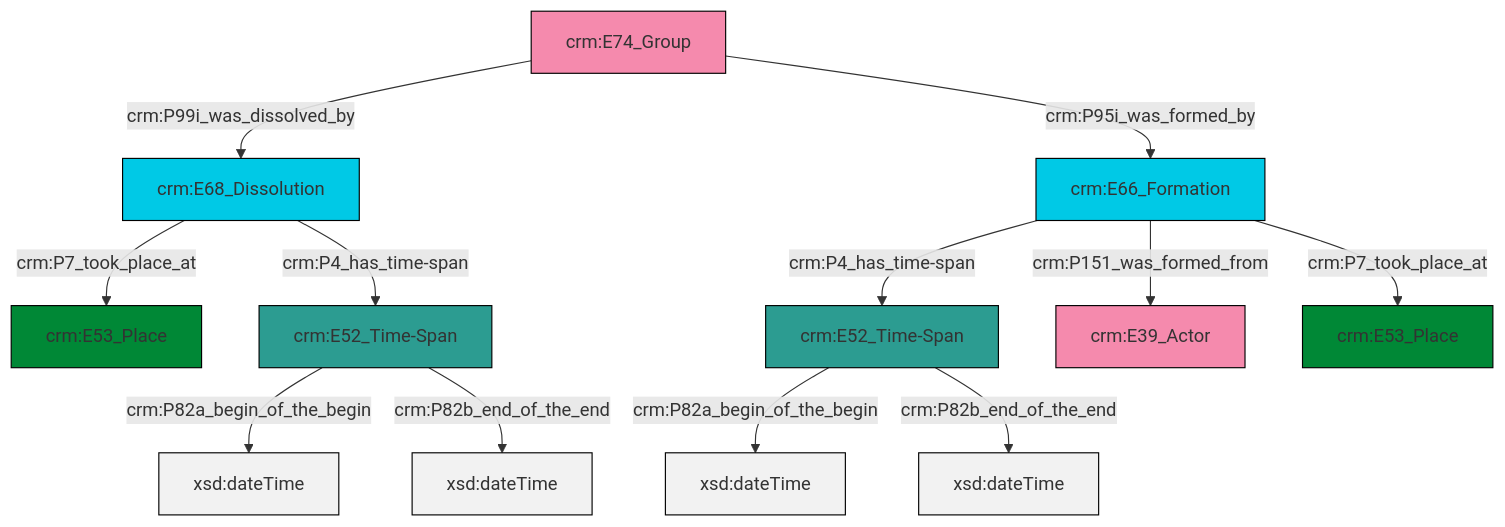
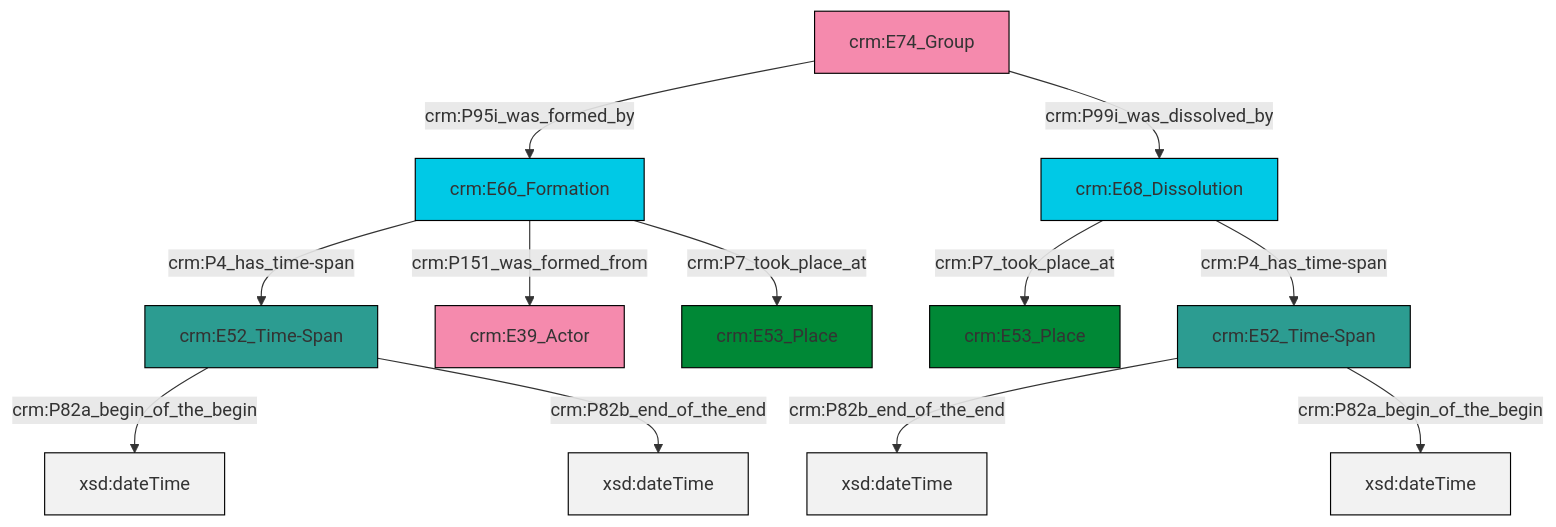
One commit to swiss-art-research-net/reference-data-models changed the diagram in et/groupCSV/ttl/mmd/group_existence.ttl.mmd. Above: the diagram before and after it, drawn with Mermaid. The commit also changed 129 other files, not shown here.

```diff
--- a/et/groupCSV/ttl/mmd/group_existence.ttl.mmd
+++ b/et/groupCSV/ttl/mmd/group_existence.ttl.mmd
@@ -1,26 +1,26 @@
 graph TD
 classDef Literal fill:#f2f2f2,stroke:#000000;
 classDef CRM_Entity fill:#FFFFFF,stroke:#000000;
 classDef Temporal_Entity fill:#00C9E6, stroke:#000000;
 classDef Type fill:#E18312, stroke:#000000;
 classDef Time-Span fill:#2C9C91, stroke:#000000;
 classDef Appellation fill:#FFEB7F, stroke:#000000;
 classDef Place fill:#008836, stroke:#000000;
 classDef Persistent_Item fill:#B266B2, stroke:#000000;
 classDef Conceptual_Object fill:#FFD700, stroke:#000000;
 classDef Physical_Thing fill:#D2B48C, stroke:#000000;
 classDef Actor fill:#f58aad, stroke:#000000;
 classDef PC_Classes fill:#4ce600, stroke:#000000;
 classDef Multi fill:#cccccc,stroke:#000000;
 
-2["crm:E52_Time-Span"]:::Time-Span -->|crm:P82a_begin_of_the_begin| 3[xsd:dateTime]:::Literal
-4["crm:E68_Dissolution"]:::Temporal_Entity -->|crm:P7_took_place_at| 5["crm:E53_Place"]:::Place
-2["crm:E52_Time-Span"]:::Time-Span -->|crm:P82b_end_of_the_end| 7[xsd:dateTime]:::Literal
-8["crm:E52_Time-Span"]:::Time-Span -->|crm:P82a_begin_of_the_begin| 9[xsd:dateTime]:::Literal
-4["crm:E68_Dissolution"]:::Temporal_Entity -->|crm:P4_has_time-span| 8["crm:E52_Time-Span"]:::Time-Span
-10["crm:E66_Formation"]:::Temporal_Entity -->|crm:P4_has_time-span| 2["crm:E52_Time-Span"]:::Time-Span
-10["crm:E66_Formation"]:::Temporal_Entity -->|crm:P151_was_formed_from| 0["crm:E39_Actor"]:::Actor
-10["crm:E66_Formation"]:::Temporal_Entity -->|crm:P7_took_place_at| 13["crm:E53_Place"]:::Place
-14["crm:E74_Group"]:::Actor -->|crm:P99i_was_dissolved_by| 4["crm:E68_Dissolution"]:::Temporal_Entity
-14["crm:E74_Group"]:::Actor -->|crm:P95i_was_formed_by| 10["crm:E66_Formation"]:::Temporal_Entity
-8["crm:E52_Time-Span"]:::Time-Span -->|crm:P82b_end_of_the_end| 19[xsd:dateTime]:::Literal
+0["crm:E74_Group"]:::Actor -->|crm:P95i_was_formed_by| 2["crm:E66_Formation"]:::Temporal_Entity
+2["crm:E66_Formation"]:::Temporal_Entity -->|crm:P4_has_time-span| 3["crm:E52_Time-Span"]:::Time-Span
+0["crm:E74_Group"]:::Actor -->|crm:P99i_was_dissolved_by| 4["crm:E68_Dissolution"]:::Temporal_Entity
+3["crm:E52_Time-Span"]:::Time-Span -->|crm:P82a_begin_of_the_begin| 7[xsd:dateTime]:::Literal
+2["crm:E66_Formation"]:::Temporal_Entity -->|crm:P151_was_formed_from| 8["crm:E39_Actor"]:::Actor
+10["crm:E52_Time-Span"]:::Time-Span -->|crm:P82b_end_of_the_end| 11[xsd:dateTime]:::Literal
+3["crm:E52_Time-Span"]:::Time-Span -->|crm:P82b_end_of_the_end| 15[xsd:dateTime]:::Literal
+4["crm:E68_Dissolution"]:::Temporal_Entity -->|crm:P7_took_place_at| 16["crm:E53_Place"]:::Place
+2["crm:E66_Formation"]:::Temporal_Entity -->|crm:P7_took_place_at| 13["crm:E53_Place"]:::Place
+10["crm:E52_Time-Span"]:::Time-Span -->|crm:P82a_begin_of_the_begin| 18[xsd:dateTime]:::Literal
+4["crm:E68_Dissolution"]:::Temporal_Entity -->|crm:P4_has_time-span| 10["crm:E52_Time-Span"]:::Time-Span
```
